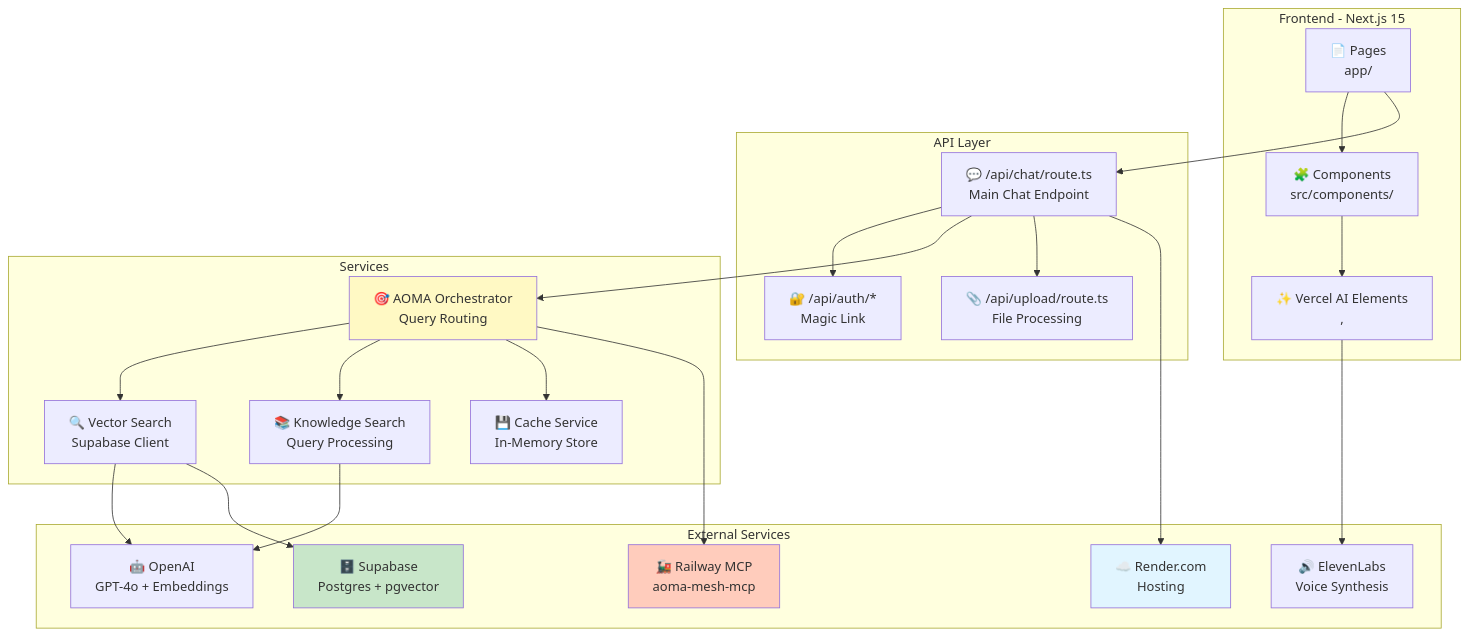
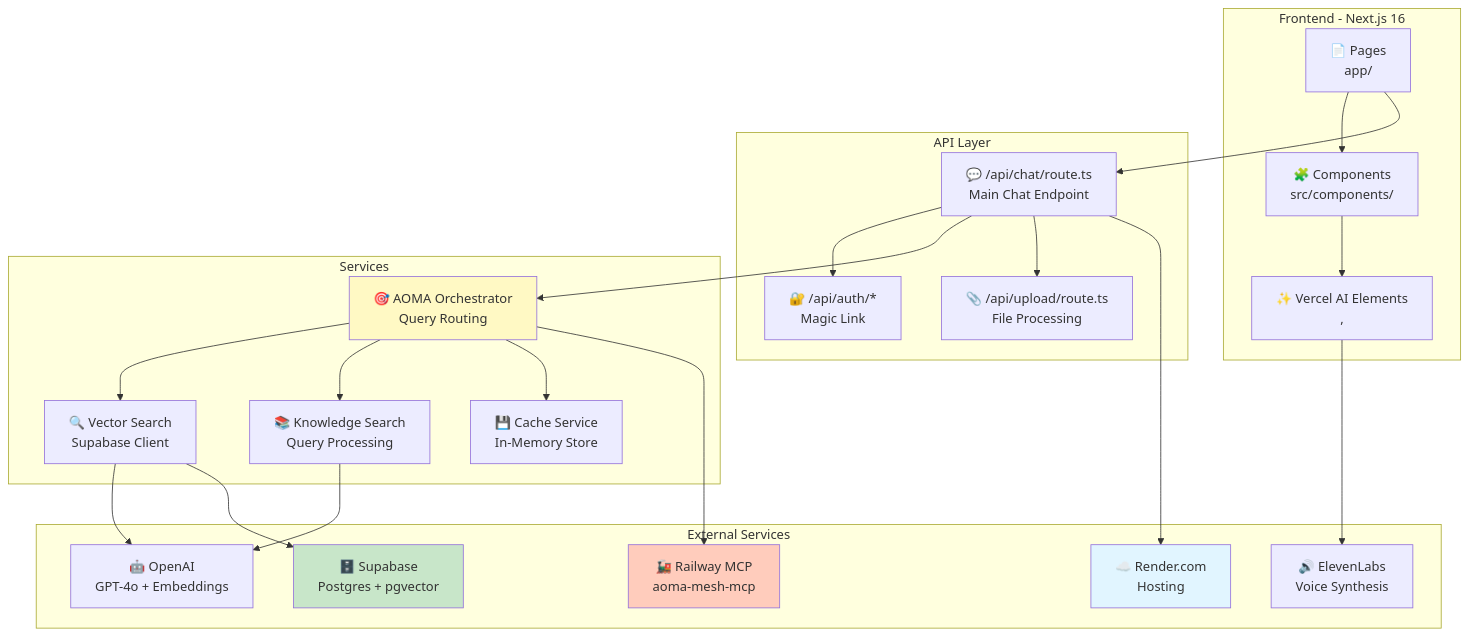
Before and after one commit to mattcarp/betabase: the tenth of 12 diagrams in docs/SIAM-MERMAID-DIAGRAMS.md, drawn with Mermaid. The commit also changed other lines of this file and 9 other files, not shown here.

````diff
--- a/docs/SIAM-MERMAID-DIAGRAMS.md
+++ b/docs/SIAM-MERMAID-DIAGRAMS.md
@@ -485,55 +485,55 @@
 ```mermaid
 graph TB
-    subgraph "Frontend - Next.js 15"
+    subgraph "Frontend - Next.js 16"
         Pages[📄 Pages<br/>app/]
         Components[🧩 Components<br/>src/components/]
         AIElements[✨ Vercel AI Elements<br/><Response>, <Message>]
     end
 
     subgraph "API Layer"
         ChatRoute[💬 /api/chat/route.ts<br/>Main Chat Endpoint]
         FileUpload[📎 /api/upload/route.ts<br/>File Processing]
         AuthAPI[🔐 /api/auth/*<br/>Magic Link]
     end
 
     subgraph "Services"
         Orchestrator[🎯 AOMA Orchestrator<br/>Query Routing]
         VectorService[🔍 Vector Search<br/>Supabase Client]
         KnowledgeService[📚 Knowledge Search<br/>Query Processing]
         CacheService[💾 Cache Service<br/>In-Memory Store]
     end
 
     subgraph "External Services"
         OpenAI[🤖 OpenAI<br/>GPT-4o + Embeddings]
         Supabase[🗄️ Supabase<br/>Postgres + pgvector]
         Railway[🚂 Railway MCP<br/>aoma-mesh-mcp]
         ElevenLabs[🔊 ElevenLabs<br/>Voice Synthesis]
         Render[☁️ Render.com<br/>Hosting]
     end
 
     Pages --> Components
     Components --> AIElements
     Pages --> ChatRoute
 
     ChatRoute --> AuthAPI
     ChatRoute --> Orchestrator
     ChatRoute --> FileUpload
 
     Orchestrator --> VectorService
     Orchestrator --> KnowledgeService
     Orchestrator --> CacheService
     Orchestrator --> Railway
 
     VectorService --> OpenAI
     VectorService --> Supabase
     KnowledgeService --> OpenAI
 
     AIElements --> ElevenLabs
 
     ChatRoute --> Render
 
     style Orchestrator fill:#fff9c4
     style Supabase fill:#c8e6c9
     style Railway fill:#ffccbc
     style Render fill:#e1f5ff
 ```
````
